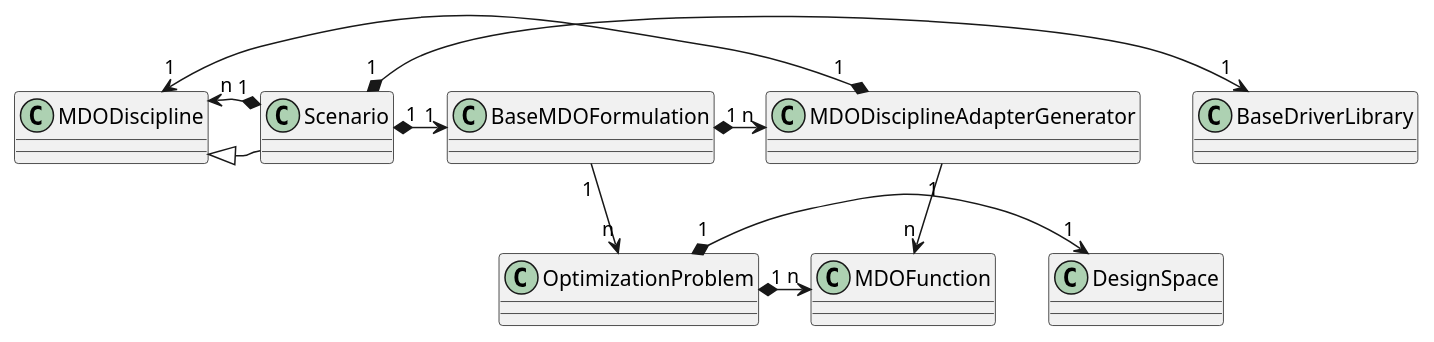
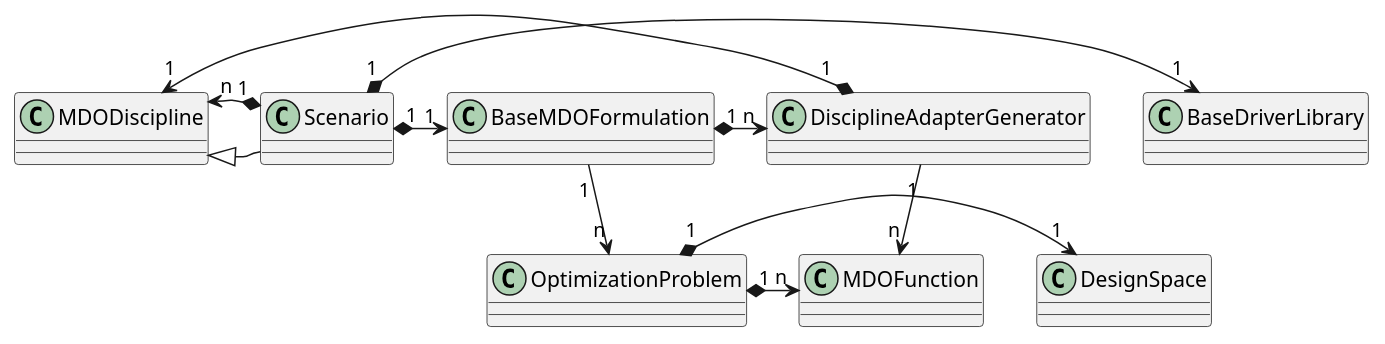
One commit to gemseo/gemseo changed the second of 5 diagrams in doc_src/software/system_architecture.rst. Above: the diagram before and after it, drawn with PlantUML. The commit also changed other lines of this file and 411 other files, not shown here.

```diff
--- a/doc_src/software/system_architecture.rst
+++ b/doc_src/software/system_architecture.rst
@@ -253,31 +253,31 @@
 .. uml::
 
    @startuml
    class Scenario {
    }
    class MDODiscipline {
    }
    class BaseMDOFormulation {
    }
    class OptimizationProblem {
    }
    class DesignSpace {
    }
-   class MDODisciplineAdapterGenerator {
+   class DisciplineAdapterGenerator {
    }
    class MDOFunction {
    }
    class BaseDriverLibrary {
    }
 
    MDODiscipline <|- Scenario
    Scenario "1" *-> "n" MDODiscipline
    Scenario "1" *-> "1" BaseMDOFormulation
    BaseMDOFormulation "1" --> "n" OptimizationProblem
-   MDODisciplineAdapterGenerator "1" --> "n" MDOFunction
-   MDODisciplineAdapterGenerator "1" *-> "1" MDODiscipline
+   DisciplineAdapterGenerator "1" --> "n" MDOFunction
+   DisciplineAdapterGenerator "1" *-> "1" MDODiscipline
    Scenario "1" *-> "1" BaseDriverLibrary
    OptimizationProblem "1" *-> "1" DesignSpace
    OptimizationProblem "1" *-> "n" MDOFunction
-   BaseMDOFormulation "1" *-> "n" MDODisciplineAdapterGenerator
+   BaseMDOFormulation "1" *-> "n" DisciplineAdapterGenerator
    @end uml
```
